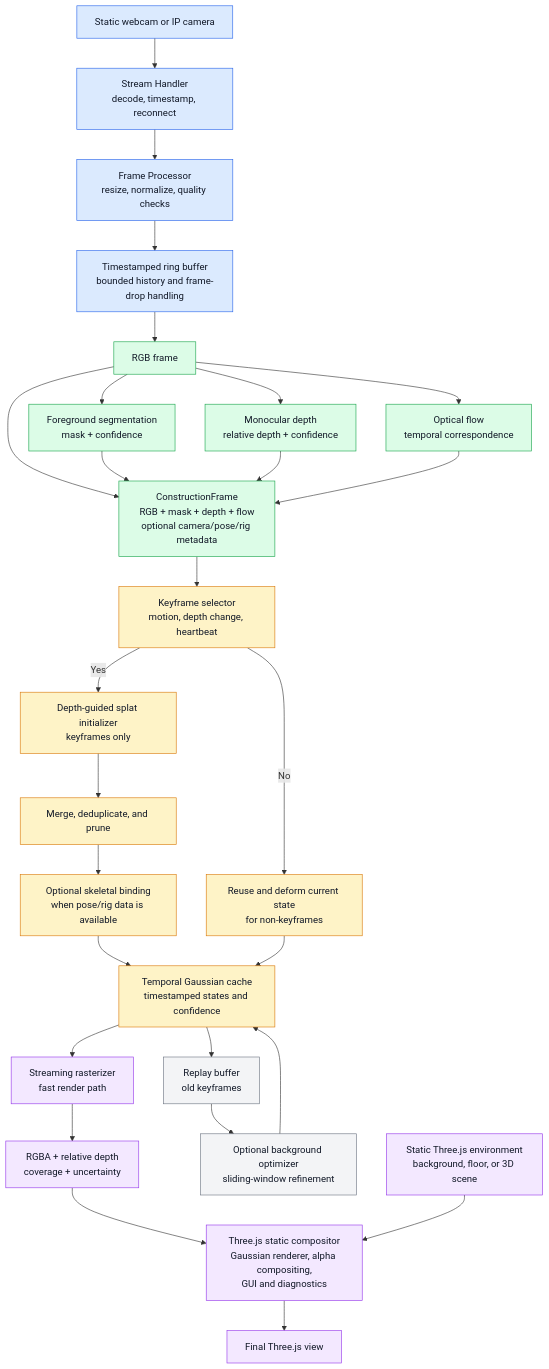
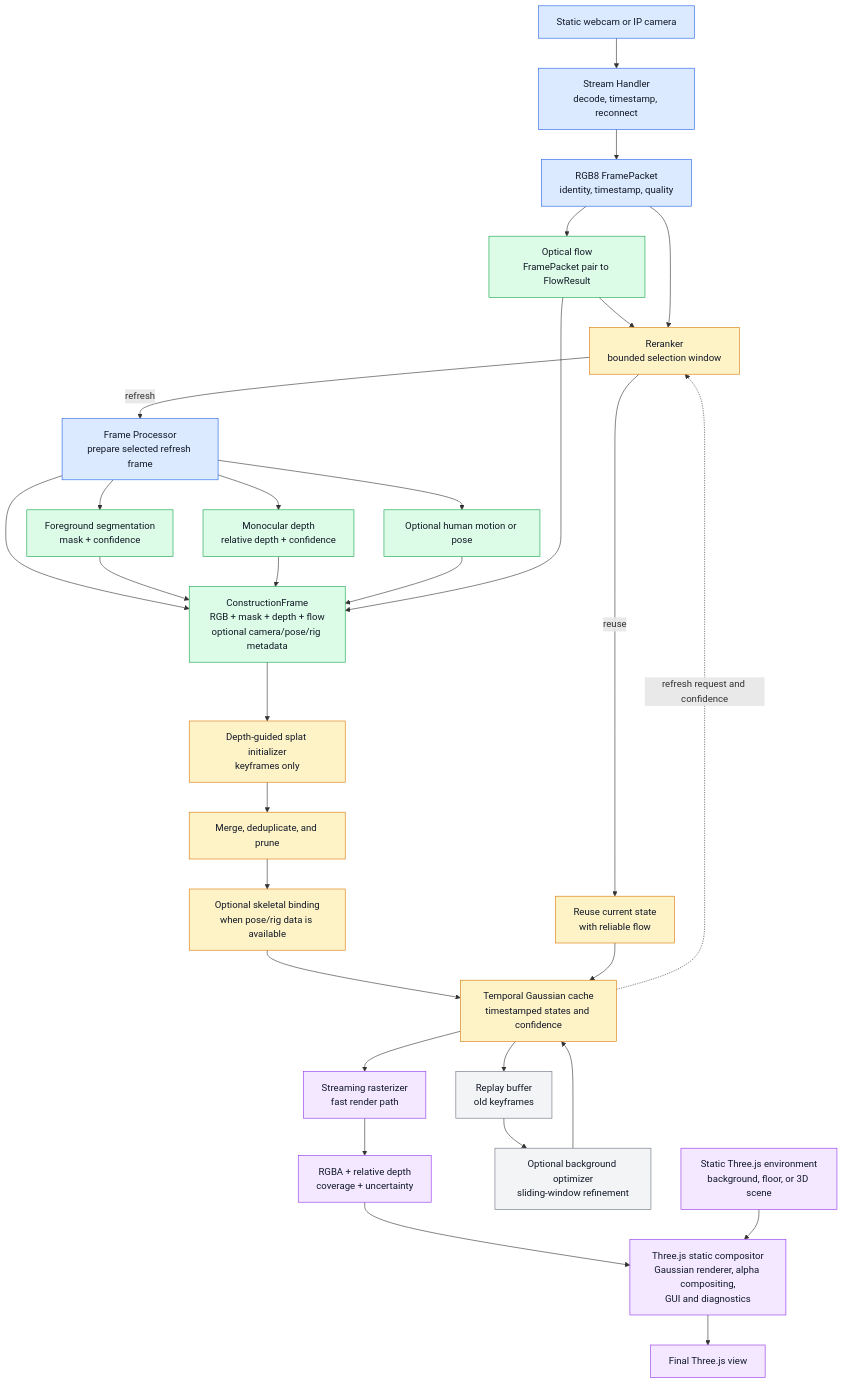
Before and after one commit to smojjofy/AAI3001_Computer-Vision-Deep-Learning_Group27: the diagram in docs/single-camera-workflow.md, drawn with Mermaid. The commit also changed other lines of this file and 24 other files, not shown here.

Commit message:
optical flow

````diff
--- a/docs/single-camera-workflow.md
+++ b/docs/single-camera-workflow.md
@@ -7,61 +7,62 @@
 ```mermaid
 flowchart TD
     CAM[Static webcam or IP camera]
     STREAM[Stream Handler<br/>decode, timestamp, reconnect]
-    PRE[Frame Processor<br/>resize, normalize, quality checks]
-    BUFFER[Timestamped ring buffer<br/>bounded history and frame-drop handling]
-
-    RGB[RGB frame]
+    PACKET[RGB8 FramePacket<br/>identity, timestamp, quality]
+    FLOW[Optical flow<br/>FramePacket pair to FlowResult]
+    SELECT[Reranker<br/>bounded selection window]
+    PRE[Frame Processor<br/>prepare selected refresh frame]
     SEG[Foreground segmentation<br/>mask + confidence]
     DEPTH[Monocular depth<br/>relative depth + confidence]
-    FLOW[Optical flow<br/>temporal correspondence]
+    MOTION[Optional human motion or pose]
     FRAME[ConstructionFrame<br/>RGB + mask + depth + flow<br/>optional camera/pose/rig metadata]
 
-    SELECT[Keyframe selector<br/>motion, depth change, heartbeat]
-    REUSE[Reuse and deform current state<br/>for non-keyframes]
+    REUSE[Reuse current state<br/>with reliable flow]
     INIT[Depth-guided splat initializer<br/>keyframes only]
     FUSE[Merge, deduplicate, and prune]
     BIND[Optional skeletal binding<br/>when pose/rig data is available]
     CACHE[Temporal Gaussian cache<br/>timestamped states and confidence]
     RENDER[Streaming rasterizer<br/>fast render path]
     OUTPUT[RGBA + relative depth<br/>coverage + uncertainty]
 
     REPLAY[Replay buffer<br/>old keyframes]
     OPT[Optional background optimizer<br/>sliding-window refinement]
 
     ENV[Static Three.js environment<br/>background, floor, or 3D scene]
     VIEW[Three.js static compositor<br/>Gaussian renderer, alpha compositing,<br/>GUI and diagnostics]
     FINAL[Final Three.js view]
 
-    CAM --> STREAM --> PRE --> BUFFER
-    BUFFER --> RGB
-    RGB --> SEG
-    RGB --> DEPTH
-    RGB --> FLOW
-    RGB --> FRAME
+    CAM --> STREAM --> PACKET --> FLOW --> SELECT
+    PACKET --> SELECT
+    SELECT -->|refresh| PRE
+    PRE --> SEG
+    PRE --> DEPTH
+    PRE --> MOTION
+    PRE --> FRAME
     SEG --> FRAME
     DEPTH --> FRAME
+    MOTION --> FRAME
     FLOW --> FRAME
 
-    FRAME --> SELECT
-    SELECT -->|No| REUSE
-    SELECT -->|Yes| INIT --> FUSE
+    SELECT -->|reuse| REUSE
+    FRAME --> INIT --> FUSE
     FUSE --> BIND --> CACHE
     REUSE --> CACHE
+    CACHE -. refresh request and confidence .-> SELECT
     CACHE --> RENDER --> OUTPUT --> VIEW
 
     CACHE --> REPLAY --> OPT --> CACHE
     ENV --> VIEW --> FINAL
 
     classDef input fill:#dbeafe,stroke:#2563eb,color:#111827;
     classDef inference fill:#dcfce7,stroke:#16a34a,color:#111827;
     classDef construct fill:#fef3c7,stroke:#d97706,color:#111827;
     classDef render fill:#f3e8ff,stroke:#9333ea,color:#111827;
     classDef optional fill:#f3f4f6,stroke:#6b7280,color:#111827;
 
-    class CAM,STREAM,PRE,BUFFER input;
-    class RGB,SEG,DEPTH,FLOW,FRAME inference;
+    class CAM,STREAM,PACKET,PRE input;
+    class SEG,DEPTH,MOTION,FLOW,FRAME inference;
     class SELECT,REUSE,INIT,FUSE,BIND,CACHE construct;
     class RENDER,OUTPUT,ENV,VIEW,FINAL render;
     class REPLAY,OPT optional;
 ```
````
